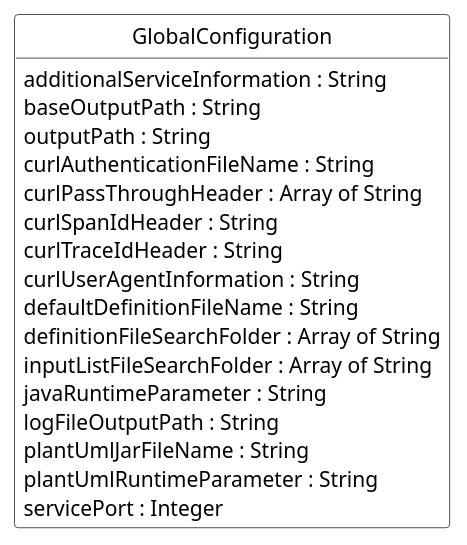
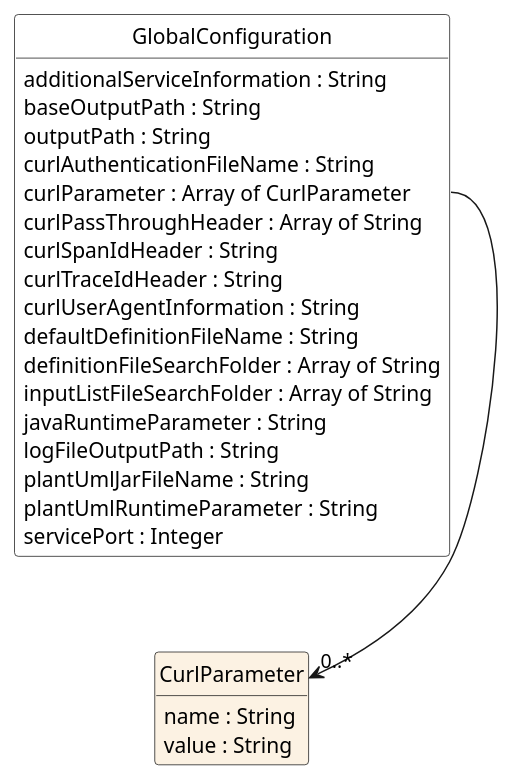
The diagram in documentation/models/globalconfigurationfile/globalconfigurationfile.puml (jfudickar/json2puml), drawn with PlantUML before and after one commit. The commit also changed 14 other files, not shown here.

Commit message:
# **json2puml v2.2.8.104** - 29.08.2023 ## ALL Editions ### New Feature - The legend is enhanced with the number of json records of every input file - A new property "curlParameter" is added to the Globalconfigruation. This allows to define global curl parameters.

```diff
--- a/documentation/models/globalconfigurationfile/globalconfigurationfile.puml
+++ b/documentation/models/globalconfigurationfile/globalconfigurationfile.puml
@@ -1,33 +1,39 @@
 @startuml
 hide circle
 hide methods
 hide stereotype
 show <<Enumeration>> stereotype
 skinparam class {
    BackgroundColor<<Enumeration>> #E6F5F7
    BackgroundColor<<Ref>> #FFFFE0
    BackgroundColor<<Pivot>> #FFFFFFF
    BackgroundColor #FCF2E3
 }
 
+class CurlParameter {
+	name : String
+	value : String
+}
+
 class GlobalConfiguration <<Pivot>>{
    additionalServiceInformation : String
    baseOutputPath : String
    outputPath : String
    curlAuthenticationFileName : String
+   curlParameter : Array of CurlParameter
    curlPassThroughHeader : Array of String
    curlSpanIdHeader : String
    curlTraceIdHeader : String
    curlUserAgentInformation : String
    defaultDefinitionFileName : String
    definitionFileSearchFolder : Array of String
    inputListFileSearchFolder : Array of String
    javaRuntimeParameter : String
    logFileOutputPath : String
    plantUmlJarFileName : String
    plantUmlRuntimeParameter : String
    servicePort : Integer
 }
 
-
+GlobalConfiguration::curlParameter --> "0..*" CurlParameter
 @enduml
```
